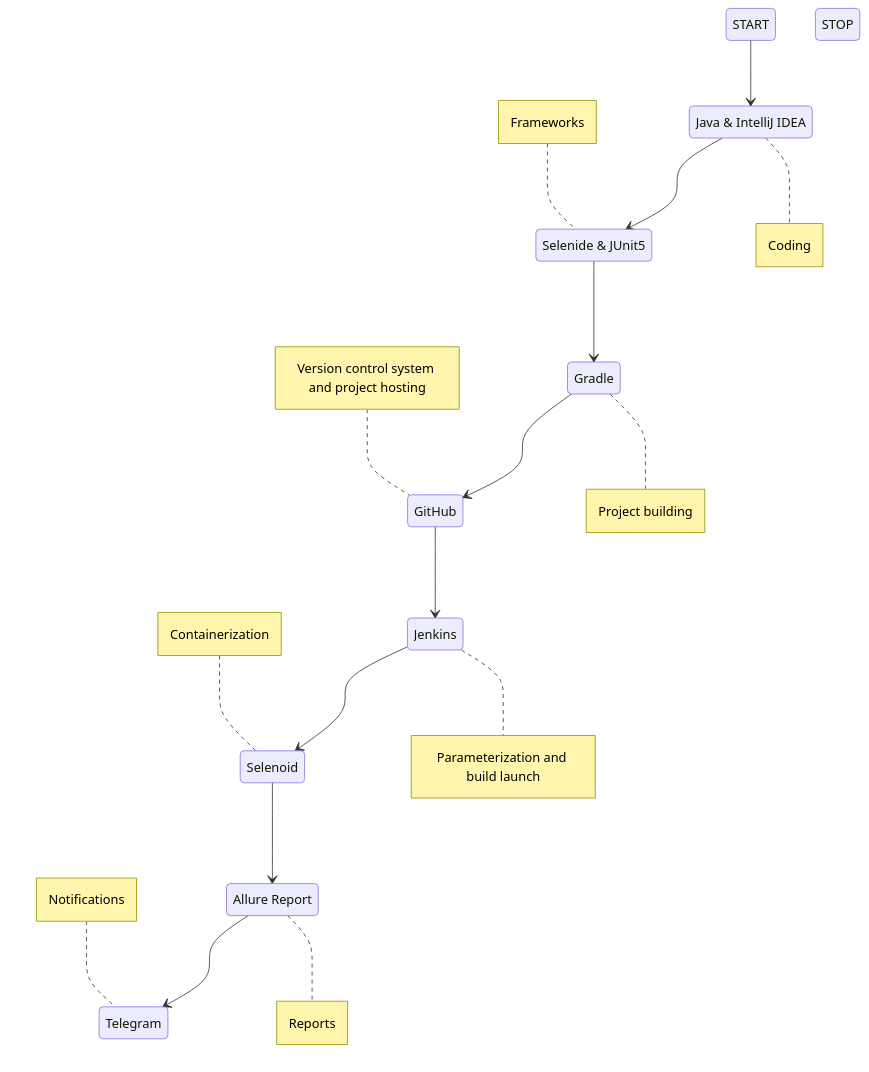
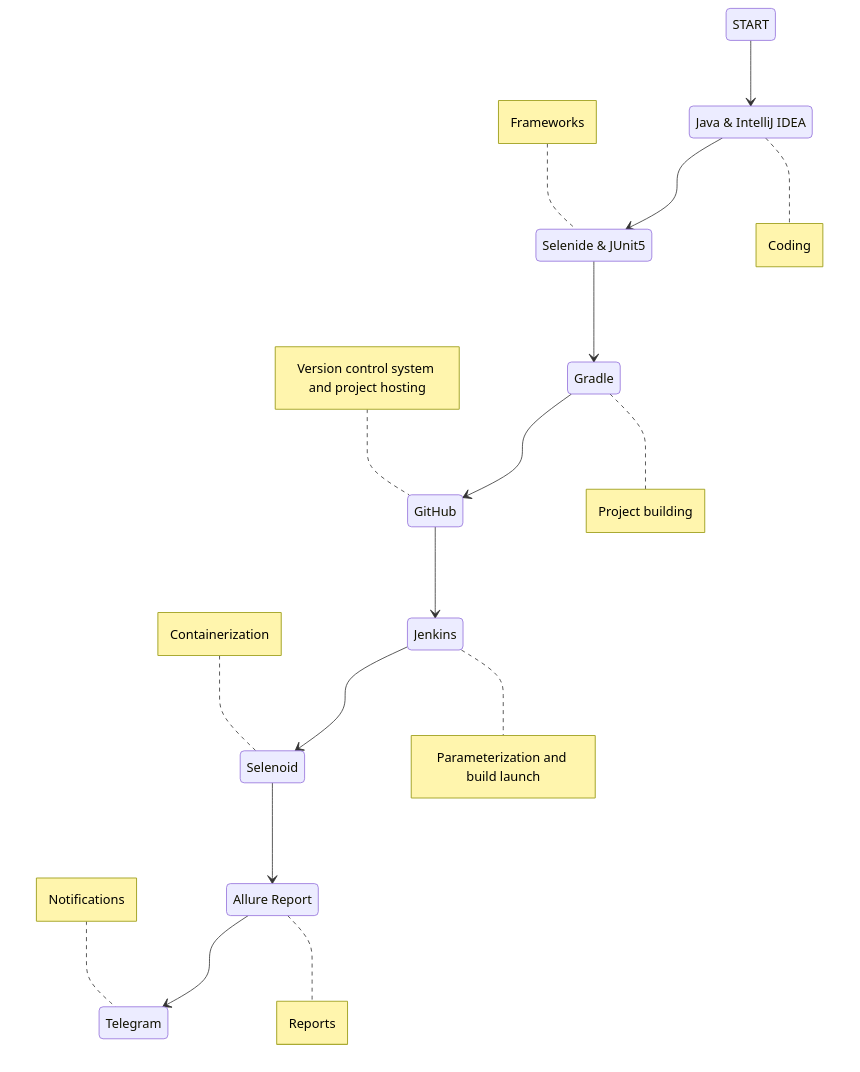
Before and after one commit to TEVT0N/JetBrains-tests: the diagram in README.md, drawn with Mermaid.

````diff
--- a/README.md
+++ b/README.md
@@ -49,29 +49,28 @@
 ```mermaid        
     stateDiagram-v2
         State1: START
         State2: Java & IntelliJ IDEA
         State3: Selenide & JUnit5
         State4: Gradle
         State5: GitHub
         State6: Jenkins
         State7: Selenoid
         State8: Allure Report
         State9: Telegram
-        State10: STOP
         State1 --> State2
         State2 --> State3
         State3 --> State4
         State4 --> State5
         State5 --> State6
         State6 --> State7
         State7 --> State8
         State8 --> State9
         note right of State2 : Coding
         note left of State3 : Frameworks
         note right of State4 : Project building
         note left of State5 : Version control system and project hosting
         note right of State6 : Parameterization and build launch
         note left of State7 : Containerization
         note right of State8 : Reports
         note left of State9 : Notifications
 ```
````
